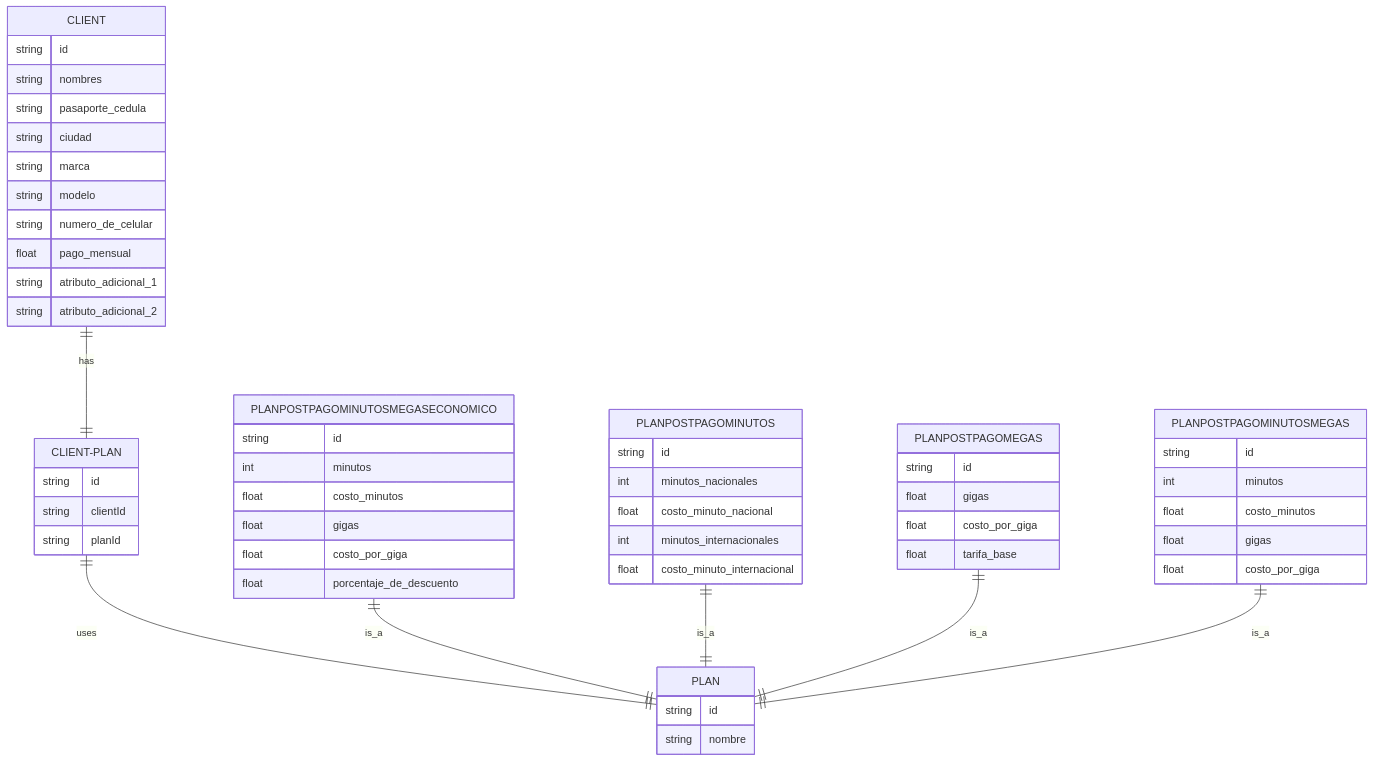
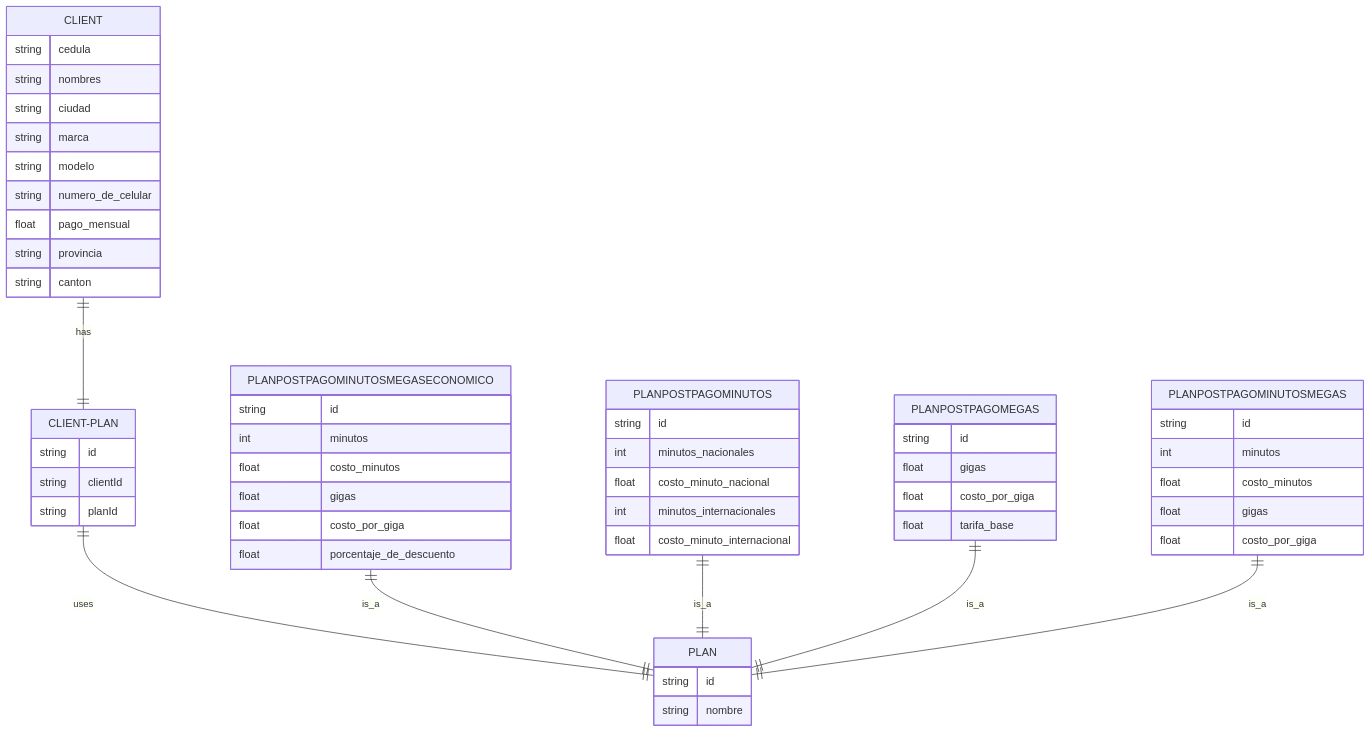
Before and after one commit to daniel-alejandro-t/PooFinal2Bim: the second of 3 diagrams in 3_INFORME/AnalisisDiagramas.md, drawn with Mermaid. The commit also changed other lines of this file and 5 other files, not shown here.

````diff
--- a/3_INFORME/AnalisisDiagramas.md
+++ b/3_INFORME/AnalisisDiagramas.md
@@ -94,59 +94,58 @@
 ```mermaid
 erDiagram
           CLIENT ||--|| CLIENT-PLAN : "has"
           CLIENT-PLAN ||--|| PLAN : "uses"
           CLIENT {
-            string id
+            string cedula
             string nombres
-            string pasaporte_cedula
             string ciudad
             string marca
             string modelo
             string numero_de_celular
             float pago_mensual
-            string atributo_adicional_1
-            string atributo_adicional_2
+            string provincia
+            string canton
           }
           CLIENT-PLAN{
             string id
             string clientId
             string planId
           }
           PLAN {
             string id
             string nombre
           }
           PLANPOSTPAGOMINUTOSMEGASECONOMICO ||--|| PLAN : "is_a"
           PLANPOSTPAGOMINUTOSMEGASECONOMICO {
             string id
             int minutos
             float costo_minutos
             float gigas
             float costo_por_giga
             float porcentaje_de_descuento
           }
           PLANPOSTPAGOMINUTOS ||--|| PLAN : "is_a"
           PLANPOSTPAGOMINUTOS {
             string id
             int minutos_nacionales
             float costo_minuto_nacional
             int minutos_internacionales
             float costo_minuto_internacional
           }
           PLANPOSTPAGOMEGAS ||--|| PLAN : "is_a"
           PLANPOSTPAGOMEGAS {
             string id
             float gigas
             float costo_por_giga
             float tarifa_base
           }
           PLANPOSTPAGOMINUTOSMEGAS ||--|| PLAN : "is_a"
           PLANPOSTPAGOMINUTOSMEGAS {
             string id
             int minutos
             float costo_minutos
             float gigas
             float costo_por_giga
           }
 
 ```
````
